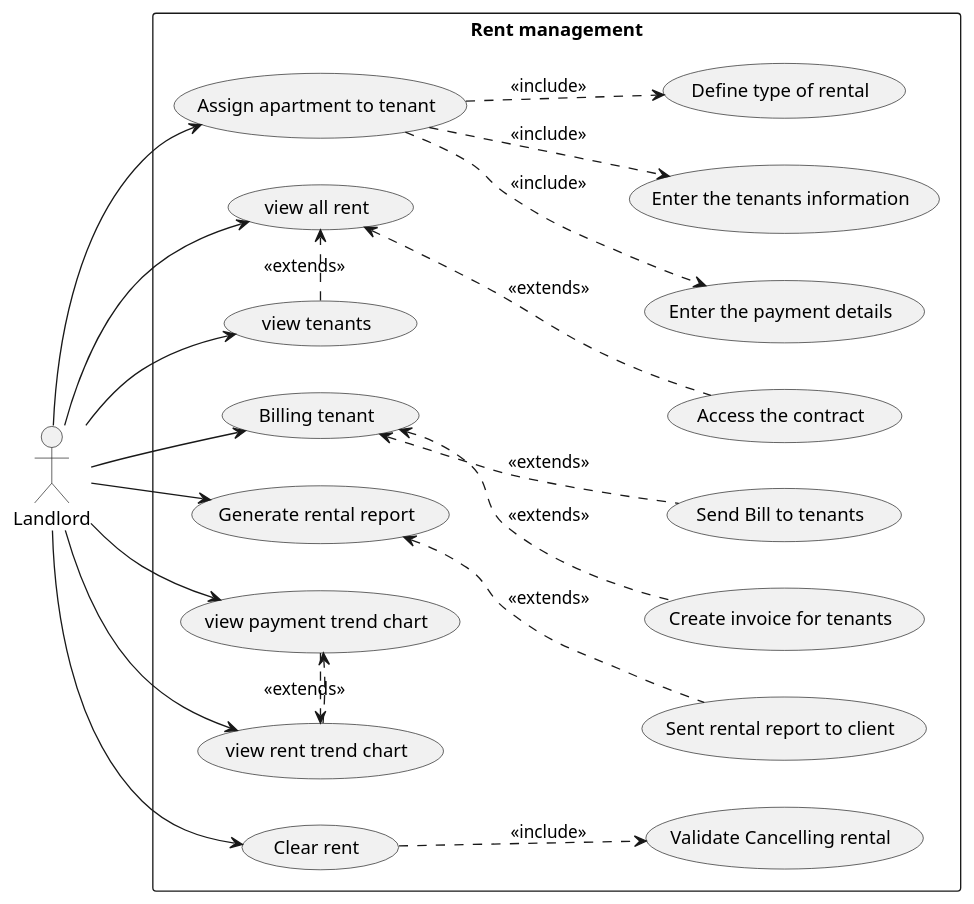
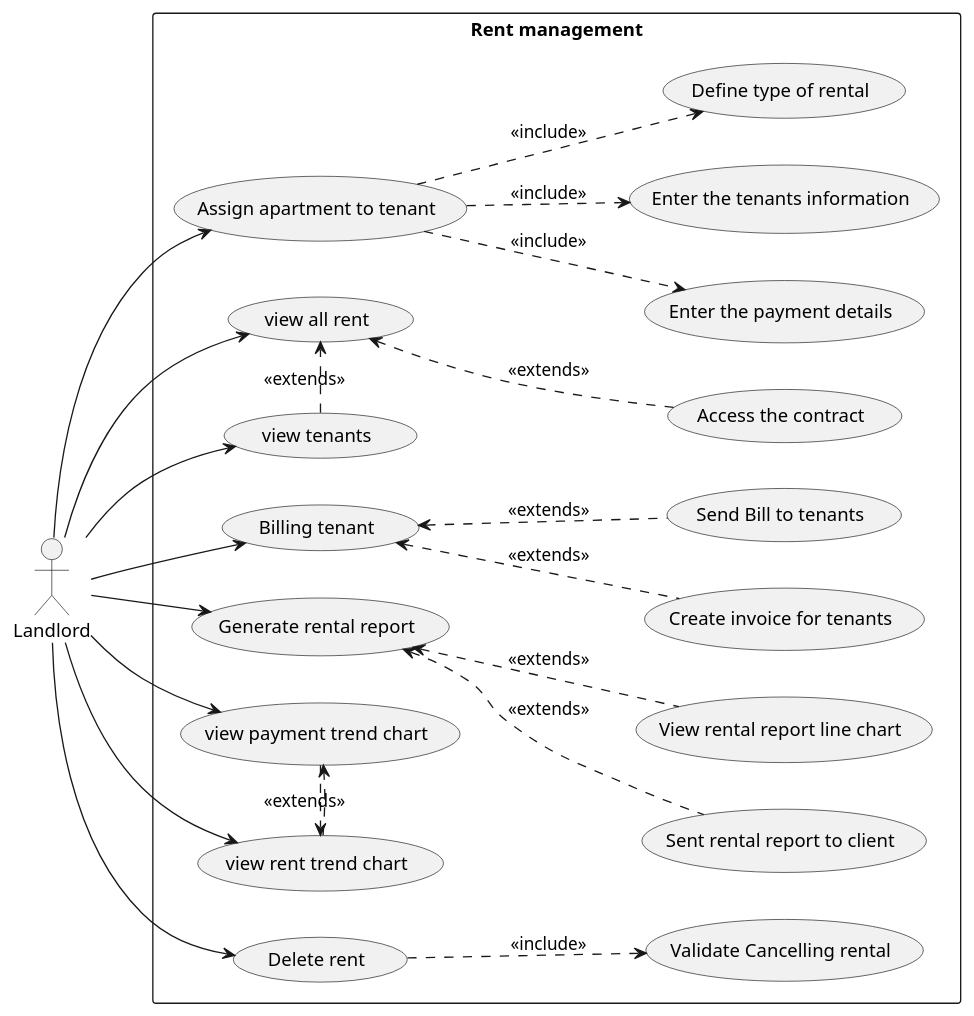
One commit to SprigganTwelve/immo-flow changed the diagram in architecture/rent/usecase.puml. Above: the diagram before and after it, drawn with PlantUML. The commit also changed 5 other files, not shown here.

Commit message:
class diagramm (1 version) done

```diff
--- a/architecture/rent/usecase.puml
+++ b/architecture/rent/usecase.puml
@@ -1,71 +1,73 @@
 @startuml
 
     left to right direction
 
     skinparam rectanglePadding 5
     skinparam usecasePadding 5
     skinparam rectangleMargin 10
 
     actor Landlord
     
 
     rectangle "Rent management"  {
         (Assign apartment to tenant) as US1
         
         (Enter the payment details) as US11
         (Enter the tenants information) as US12
         (Define type of rental)     as US13
         
-        (Clear rent) as US2
+        (Delete rent) as US2
         (Validate Cancelling rental) as US21
         
         (view all rent) as US3
         (view tenants)  as US31
         (Access the contract) as US32
         
         (Billing tenant) as US4
         (Create invoice for tenants) as US41
         (Send Bill to tenants) as US42
         
         
         (Generate rental report) as US5
         (Sent rental report to client) as US51
+        (View rental report line chart) as US52
 
         (view payment trend chart)  as US6
         (view rent trend chart)     as US7
         
         /'() as US5'/
     }
 
     Landlord -> US1
     US1 ..> US11 : <<include>>
     US1 ..> US12 : <<include>>
     US1 ..> US13 : <<include>>
     
     
     Landlord --> US2
     US2 ..> US21 : <<include>>
     
     Landlord -> US3
     Landlord --> US31
     US3 <.left. US31 : <<extends>>
     US3 <.. US32     : <<extends>>
 
 
 
     Landlord -> US4
     US4 <.. US41 : <<extends>>
     US4 <.. US42 : <<extends>>
 
     Landlord ->  US5
     US5 <..  US51: <<extends>>
+    US5 <..  US52: <<extends>>
     
     Landlord -> US6
     Landlord -> US7
 
     US6 <.left. US7 
     US7 <.left. US6 : <<extends>>
     
 
     
 @enduml
```
